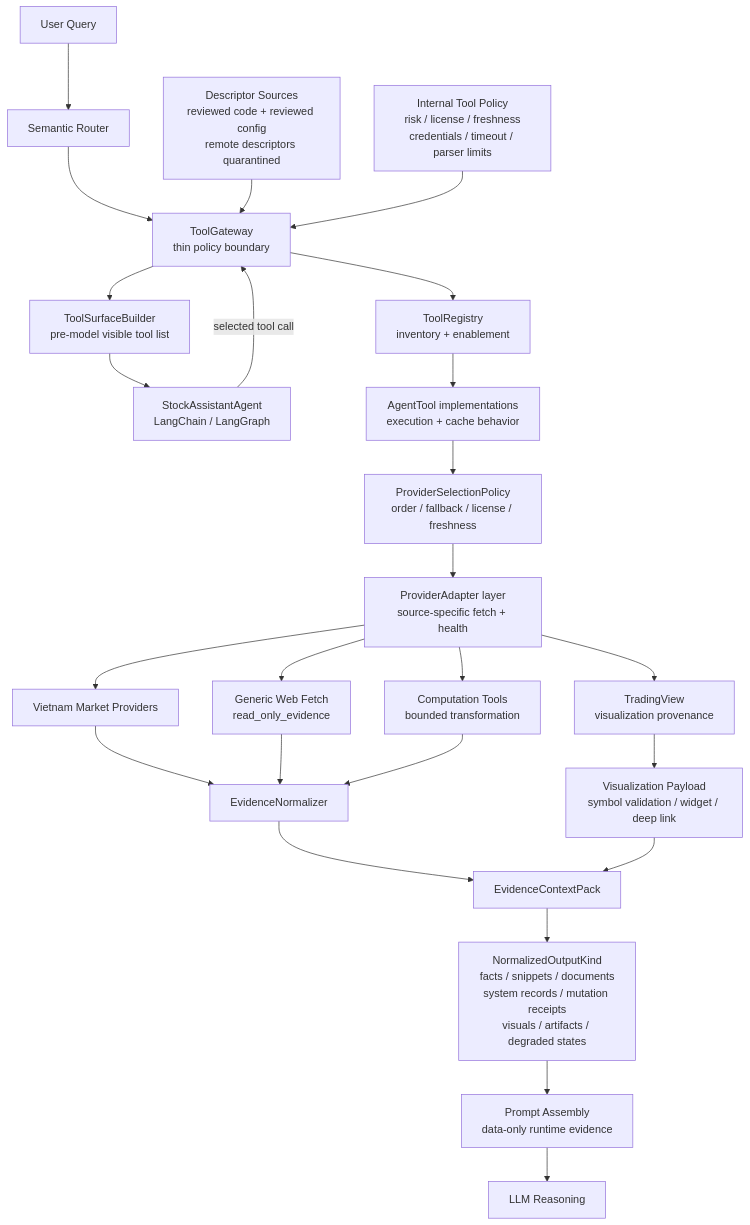
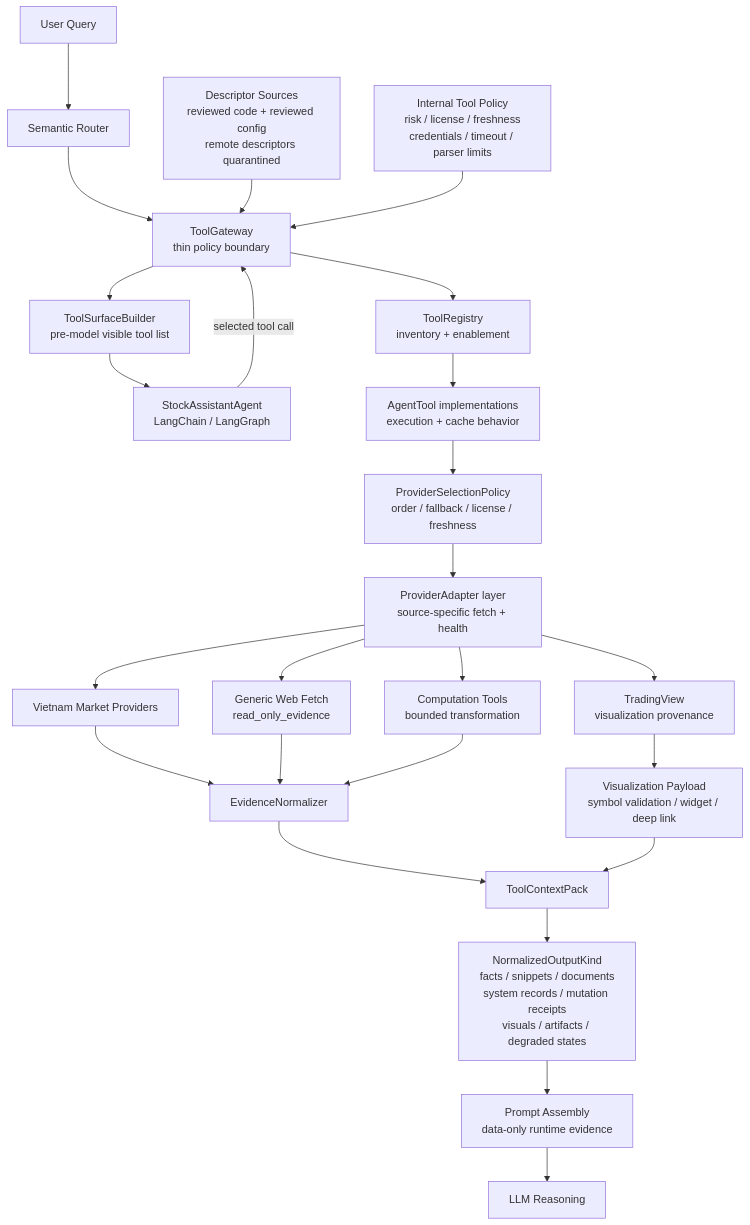
One commit to d-dragon/dp-stock-investment-assistant changed the first of 4 diagrams in docs/domains/agent/TOOLS_RESEARCH_AND_PROPOSAL.md. Above: the diagram before and after it, drawn with Mermaid. The commit also changed other lines of this file and 1 other file, not shown here.

First line of the commit message:
docs(agent): refine tool-system proposal and add benchmark review

````diff
--- a/docs/domains/agent/TOOLS_RESEARCH_AND_PROPOSAL.md
+++ b/docs/domains/agent/TOOLS_RESEARCH_AND_PROPOSAL.md
@@ -304,33 +373,33 @@
 ```mermaid
 flowchart TD
   User["User Query"] --> Router["Semantic Router"]
   Router --> Gateway["ToolGateway\nthin policy boundary"]
 
   Descriptor["Descriptor Sources\nreviewed code + reviewed config\nremote descriptors quarantined"] --> Gateway
   Policy["Internal Tool Policy\nrisk / license / freshness\ncredentials / timeout / parser limits"] --> Gateway
 
   Gateway --> Surface["ToolSurfaceBuilder\npre-model visible tool list"]
   Surface --> Agent["StockAssistantAgent\nLangChain / LangGraph"]
   Agent -->|"selected tool call"| Gateway
 
   Gateway --> Registry["ToolRegistry\ninventory + enablement"]
   Registry --> Tools["AgentTool implementations\nexecution + cache behavior"]
   Tools --> Selection["ProviderSelectionPolicy\norder / fallback / license / freshness"]
   Selection --> Adapters["ProviderAdapter layer\nsource-specific fetch + health"]
 
   Adapters --> Vietnam["Vietnam Market Providers"]
   Adapters --> Web["Generic Web Fetch\nread_only_evidence"]
   Adapters --> TradingView["TradingView\nvisualization provenance"]
   Adapters --> Compute["Computation Tools\nbounded transformation"]
 
   Vietnam --> Normalizer["EvidenceNormalizer"]
   Web --> Normalizer
   Compute --> Normalizer
   TradingView --> Visuals["Visualization Payload\nsymbol validation / widget / deep link"]
 
-  Normalizer --> Pack["EvidenceContextPack"]
+  Normalizer --> Pack["ToolContextPack"]
   Visuals --> Pack
   Pack --> Kinds["NormalizedOutputKind\nfacts / snippets / documents\nsystem records / mutation receipts\nvisuals / artifacts / degraded states"]
   Kinds --> Prompt["Prompt Assembly\ndata-only runtime evidence"]
   Prompt --> LLM["LLM Reasoning"]
 ```
````
